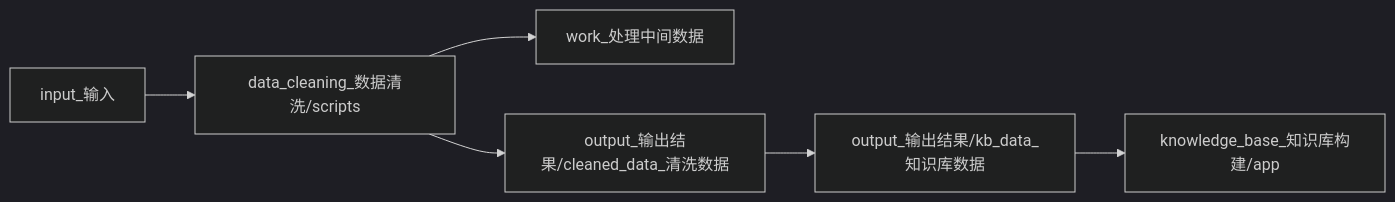
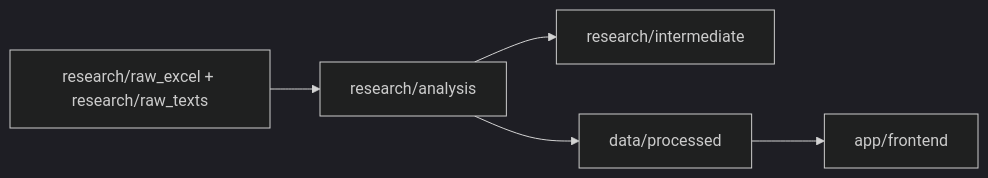
The diagram in README.md (Flat0312/Zuolian-Data-Visualization), drawn with Mermaid (dark theme) before and after one commit. The commit also changed other lines of this file and 654 other files, not shown here.

````diff
--- a/README.md
+++ b/README.md
@@ -88,8 +88,7 @@
 ```mermaid
 flowchart LR
-    A["input_输入"] --> B["data_cleaning_数据清洗/scripts"]
-    B --> C["work_处理中间数据"]
-    B --> D["output_输出结果/cleaned_data_清洗数据"]
-    D --> E["output_输出结果/kb_data_知识库数据"]
-    E --> F["knowledge_base_知识库构建/app"]
+    A["research/raw_excel + research/raw_texts"] --> B["research/analysis"]
+    B --> C["research/intermediate"]
+    B --> D["data/processed"]
+    D --> E["app/frontend"]
 ```
````
